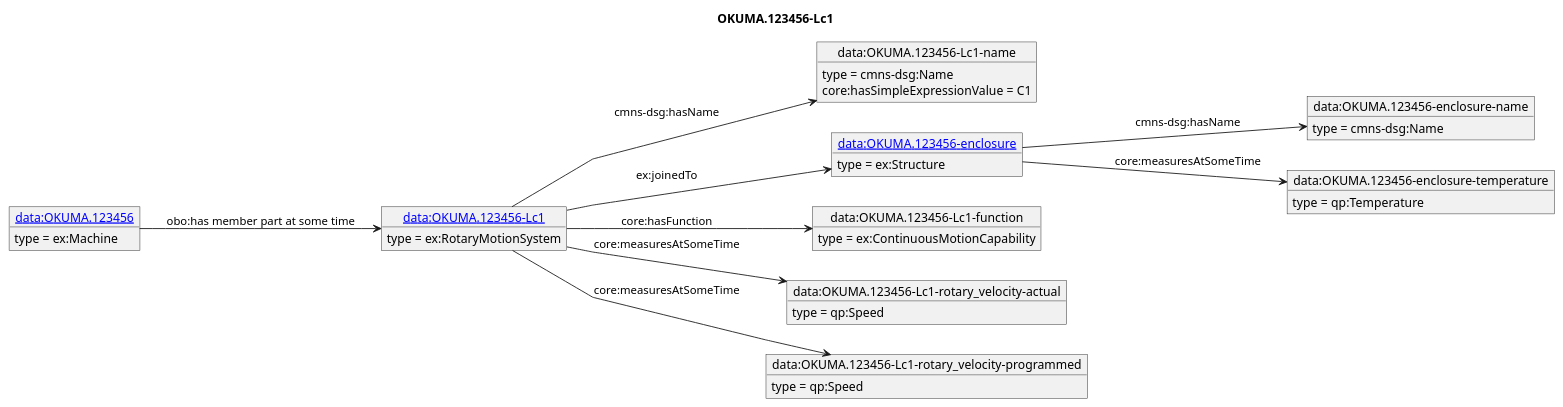
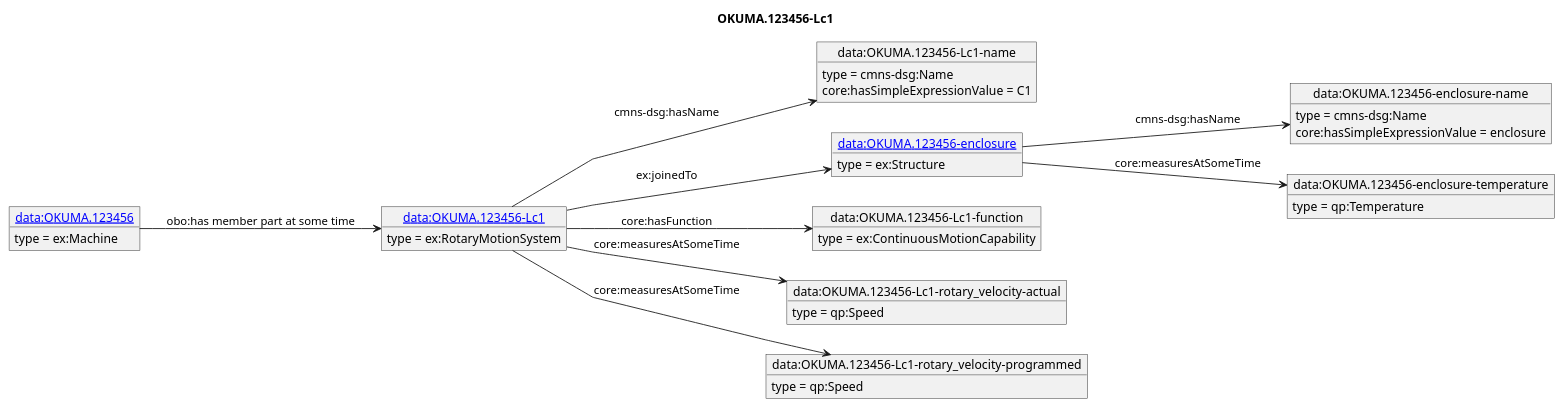
Before and after one commit to iofoundry/example-syseng-mtconnect: the diagram in diagrams/OKUMA.123456-Lc1.puml, drawn with PlantUML. The commit also changed 36 other files, not shown here.

```diff
--- a/diagrams/OKUMA.123456-Lc1.puml
+++ b/diagrams/OKUMA.123456-Lc1.puml
@@ -1,41 +1,42 @@
 @startuml
 skinparam linetype polyline
 left to right direction
 title OKUMA.123456-Lc1
 object "[[./OKUMA.123456-Lc1.html data:OKUMA.123456-Lc1]]" as o1 {
  type = ex:RotaryMotionSystem
  }
 object "data:OKUMA.123456-Lc1-name" as o2 {
  type = cmns-dsg:Name
  }
 object "[[./OKUMA.123456-enclosure.html data:OKUMA.123456-enclosure]]" as o3 {
  type = ex:Structure
  }
 object "data:OKUMA.123456-enclosure-name" as o4 {
  type = cmns-dsg:Name
  }
 object "data:OKUMA.123456-enclosure-temperature" as o5 {
  type = qp:Temperature
  }
 object "data:OKUMA.123456-Lc1-function" as o6 {
  type = ex:ContinuousMotionCapability
  }
 object "data:OKUMA.123456-Lc1-rotary_velocity-actual" as o7 {
  type = qp:Speed
  }
 object "data:OKUMA.123456-Lc1-rotary_velocity-programmed" as o8 {
  type = qp:Speed
  }
 object "[[./OKUMA.123456.html data:OKUMA.123456]]" as o9 {
  type = ex:Machine
  }
 o1 --> o2 : cmns-dsg:hasName
 o2 : core:hasSimpleExpressionValue = C1
 o1 --> o3 : ex:joinedTo
 o3 --> o4 : cmns-dsg:hasName
+o4 : core:hasSimpleExpressionValue = enclosure
 o3 --> o5 : core:measuresAtSomeTime
 o1 --> o6 : core:hasFunction
 o1 --> o7 : core:measuresAtSomeTime
 o1 --> o8 : core:measuresAtSomeTime
 o9 --> o1 : obo:has member part at some time
 @enduml
```
